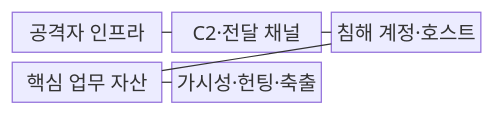
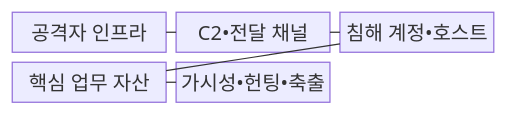
The first of 2 diagrams in src/content/docs/notes/05-security/027_advanced_persistent_threat.md (agnusdei1207/knowledge-base), drawn with Mermaid before and after one commit. The commit also changed other lines of this file and 953 other files, not shown here.

````diff
--- a/src/content/docs/notes/05-security/027_advanced_persistent_threat.md
+++ b/src/content/docs/notes/05-security/027_advanced_persistent_threat.md
@@ -66,13 +66,13 @@
 ```mermaid
 block-beta
     columns 3
     A["공격자 인프라"]
-    B["C2·전달 채널"]
-    C["침해 계정·호스트"]
+    B["C2•전달 채널"]
+    C["침해 계정•호스트"]
     D["핵심 업무 자산"]
-    E["가시성·헌팅·축출"]
+    E["가시성•헌팅•축출"]
     A --- B
     B --- C
     C --- D
     D --- E
 ```
````
